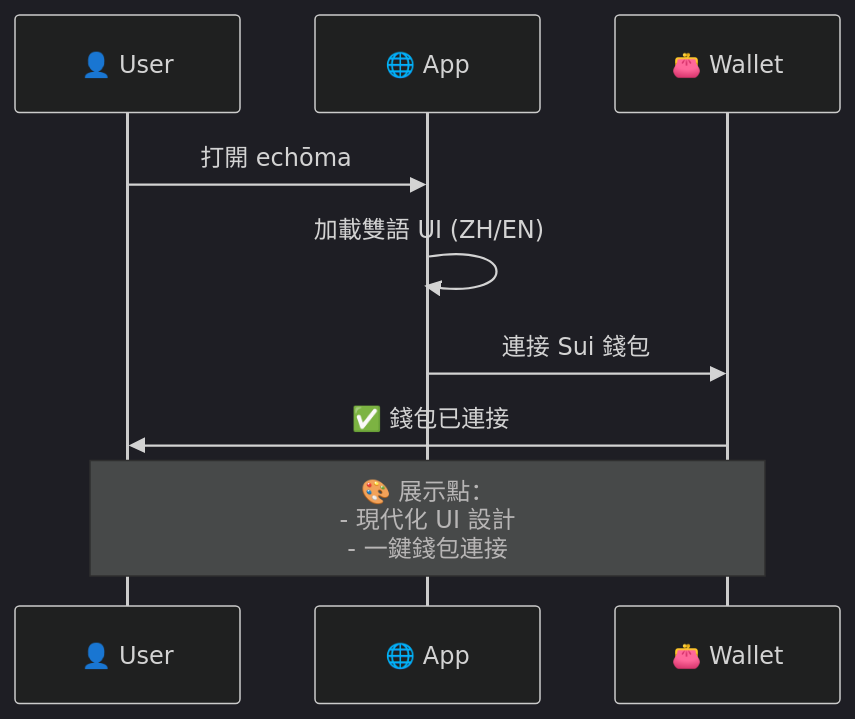
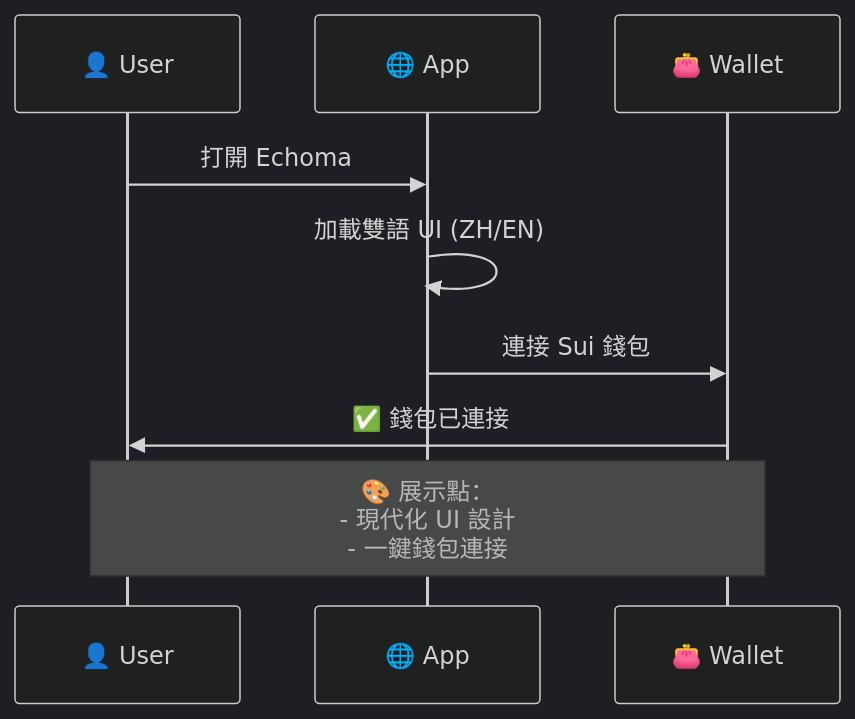
One commit to ww11632/echoma changed the first of 6 diagrams in DEMO_FLOW.md. Above: the diagram before and after it, drawn with Mermaid (dark theme). The commit also changed other lines of this file and 7 other files, not shown here.

Commit message:
Standardize the spelling of "Echoma" across multiple documentation files, including architecture visualizations, demo flow guides, and visual asset instructions. This update enhances consistency and clarity in branding throughout the project documentation.

````diff
--- a/DEMO_FLOW.md
+++ b/DEMO_FLOW.md
@@ -21,13 +21,13 @@
 ```mermaid
 sequenceDiagram
     participant U as 👤 User
     participant A as 🌐 App
     participant W as 👛 Wallet
     
-    U->>A: 打開 echōma
+    U->>A: 打開 Echoma
     A->>A: 加載雙語 UI (ZH/EN)
     A->>W: 連接 Sui 錢包
     W->>U: ✅ 錢包已連接
     
     Note over U,W: 🎨 展示點：<br/>- 現代化 UI 設計<br/>- 一鍵錢包連接
 ```
````
